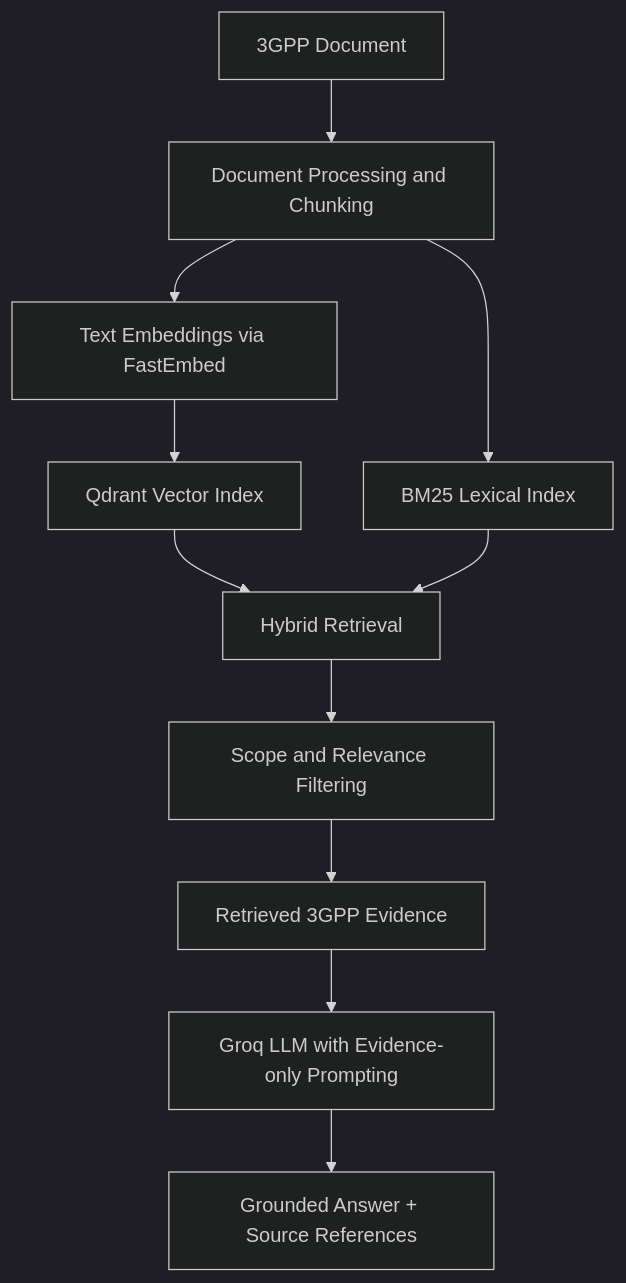
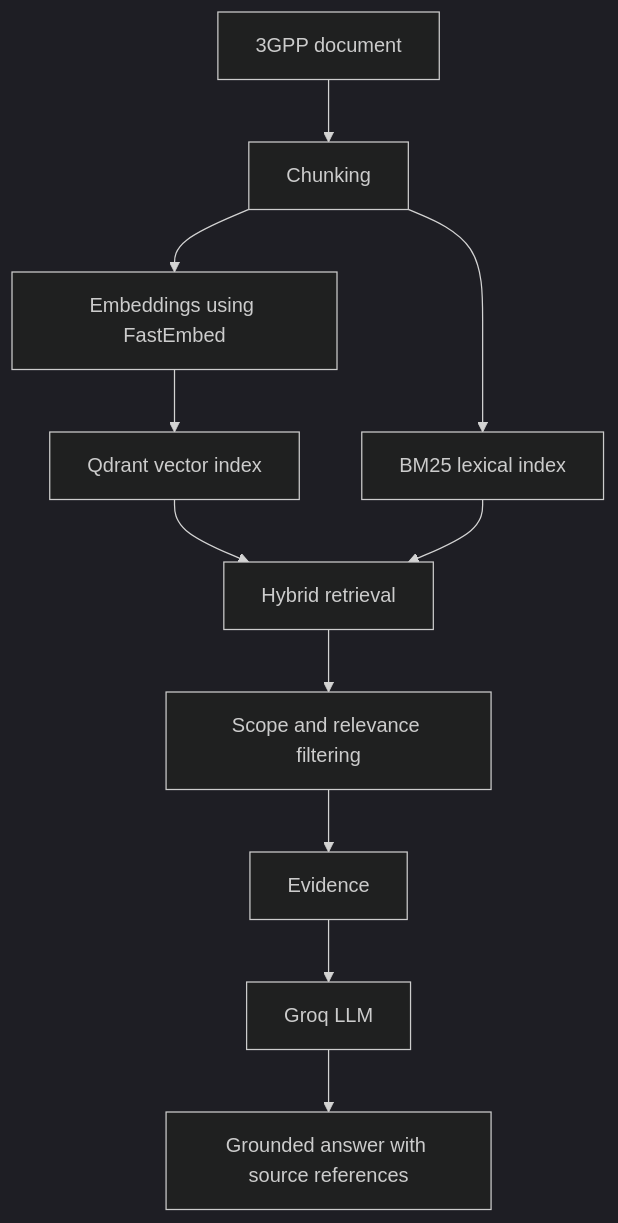
Before and after one commit to GAURAV0440/Telecom-Chatbot: the diagram in README.md, drawn with Mermaid (dark theme). The commit also changed other lines of this file, not shown here.

````diff
--- a/README.md
+++ b/README.md
@@ -35,13 +116,13 @@
-~~~mermaid
+```mermaid
 flowchart TD
-		A[3GPP Document] --> B[Document Processing and Chunking]
-		B --> C[Text Embeddings via FastEmbed]
-		C --> D[Qdrant Vector Index]
-		B --> E[BM25 Lexical Index]
-		D --> F[Hybrid Retrieval]
-		E --> F
-		F --> G[Scope and Relevance Filtering]
-		G --> H[Retrieved 3GPP Evidence]
-		H --> I[Groq LLM with Evidence-only Prompting]
-		I --> J[Grounded Answer + Source References]
-~~~
+    A[3GPP document] --> B[Chunking]
+    B --> C[Embeddings using FastEmbed]
+    C --> D[Qdrant vector index]
+    B --> E[BM25 lexical index]
+    D --> F[Hybrid retrieval]
+    E --> F
+    F --> G[Scope and relevance filtering]
+    G --> H[Evidence]
+    H --> I[Groq LLM]
+    I --> J[Grounded answer with source references]
+```
````
